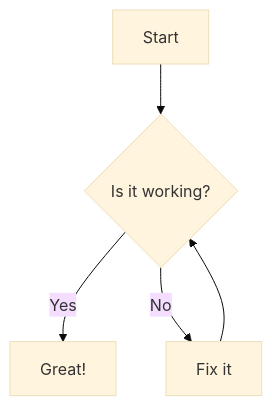
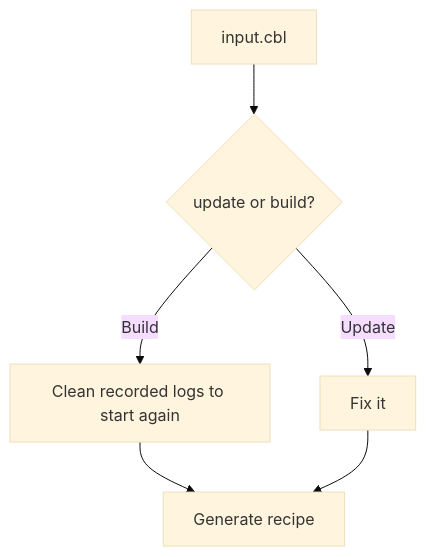
Before and after one commit to coble-tools/coble: the diagram in docs/overview.md, drawn with Mermaid (base theme). The commit also changed 5 other files, not shown here.

````diff
--- a/docs/overview.md
+++ b/docs/overview.md
@@ -5,7 +5,8 @@
 ```mermaid
 flowchart TD
-	A[Start] --> B{Is it working?}
-	B -- Yes --> C[Great!]
-	B -- No --> D[Fix it]
-	D --> B
+	A[input.cbl] --> B{update or build?}
+	B -- Build --> C[Clean recorded logs to start again]
+	C --> E[Generate recipe]
+	B -- Update --> D[Fix it]
+	D --> E
 ```
````
